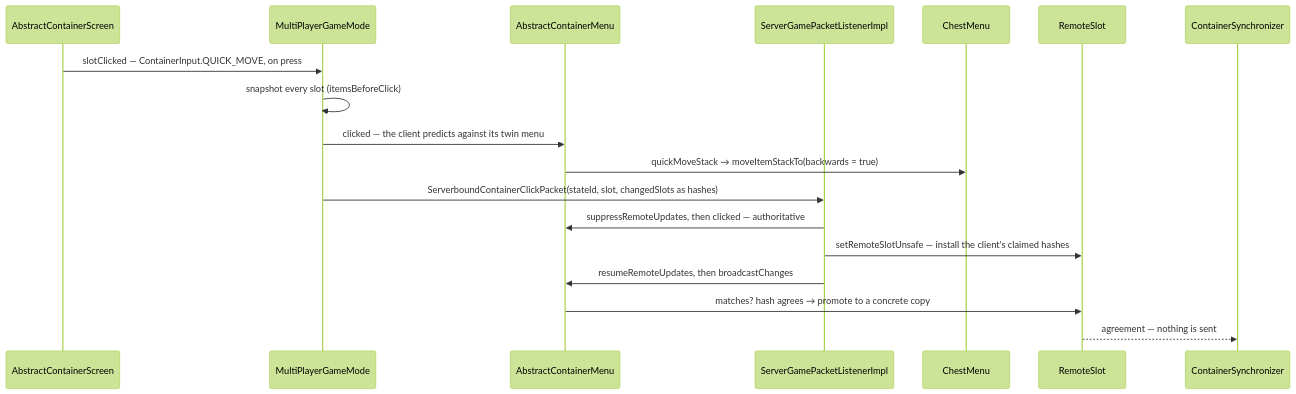
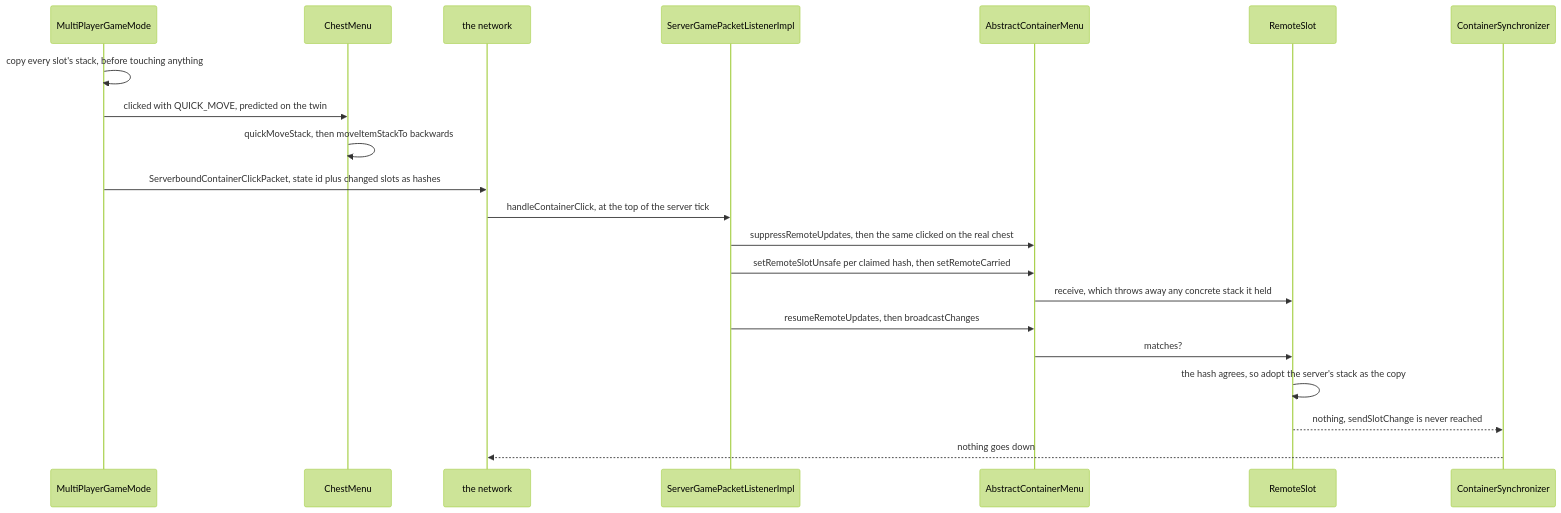
Before and after one commit to AlexanderjFraser/MinecraftDocs: the first of 2 diagrams in src/systems/items/containers-and-menus.md, drawn with Mermaid (forest theme). The commit also changed other lines of this file and 26 other files, not shown here.

````diff
--- a/src/systems/items/containers-and-menus.md
+++ b/src/systems/items/containers-and-menus.md
@@ -134,21 +77,24 @@
 ```mermaid
 sequenceDiagram
-    participant SCR as AbstractContainerScreen
     participant MPGM as MultiPlayerGameMode
-    participant CM as AbstractContainerMenu
+    participant ChestM as ChestMenu
+    participant Wire as the network
     participant SGPL as ServerGamePacketListenerImpl
-    participant CHM as ChestMenu
-    participant RS as RemoteSlot
-    participant SYNC as ContainerSynchronizer
+    participant ACM as AbstractContainerMenu
+    participant RemS as RemoteSlot
+    participant CSync as ContainerSynchronizer
 
-    SCR->>MPGM: slotClicked — ContainerInput.QUICK_MOVE, on press
-    MPGM->>MPGM: snapshot every slot (itemsBeforeClick)
-    MPGM->>CM: clicked — the client predicts against its twin menu
-    CM->>CHM: quickMoveStack → moveItemStackTo(backwards = true)
-    MPGM->>SGPL: ServerboundContainerClickPacket(stateId, slot, changedSlots as hashes)
-    SGPL->>CM: suppressRemoteUpdates, then clicked — authoritative
-    SGPL->>RS: setRemoteSlotUnsafe — install the client's claimed hashes
-    SGPL->>CM: resumeRemoteUpdates, then broadcastChanges
-    CM->>RS: matches? hash agrees → promote to a concrete copy
-    RS-->>SYNC: agreement — nothing is sent
+    MPGM->>MPGM: copy every slot's stack, before touching anything
+    MPGM->>ChestM: clicked with QUICK_MOVE, predicted on the twin
+    ChestM->>ChestM: quickMoveStack, then moveItemStackTo backwards
+    MPGM->>Wire: ServerboundContainerClickPacket, state id plus changed slots as hashes
+    Wire->>SGPL: handleContainerClick, at the top of the server tick
+    SGPL->>ACM: suppressRemoteUpdates, then the same clicked on the real chest
+    SGPL->>ACM: setRemoteSlotUnsafe per claimed hash, then setRemoteCarried
+    ACM->>RemS: receive, which throws away any concrete stack it held
+    SGPL->>ACM: resumeRemoteUpdates, then broadcastChanges
+    ACM->>RemS: matches?
+    RemS->>RemS: the hash agrees, so adopt the server's stack as the copy
+    RemS-->>CSync: nothing, sendSlotChange is never reached
+    CSync-->>Wire: nothing goes down
 ```
````
